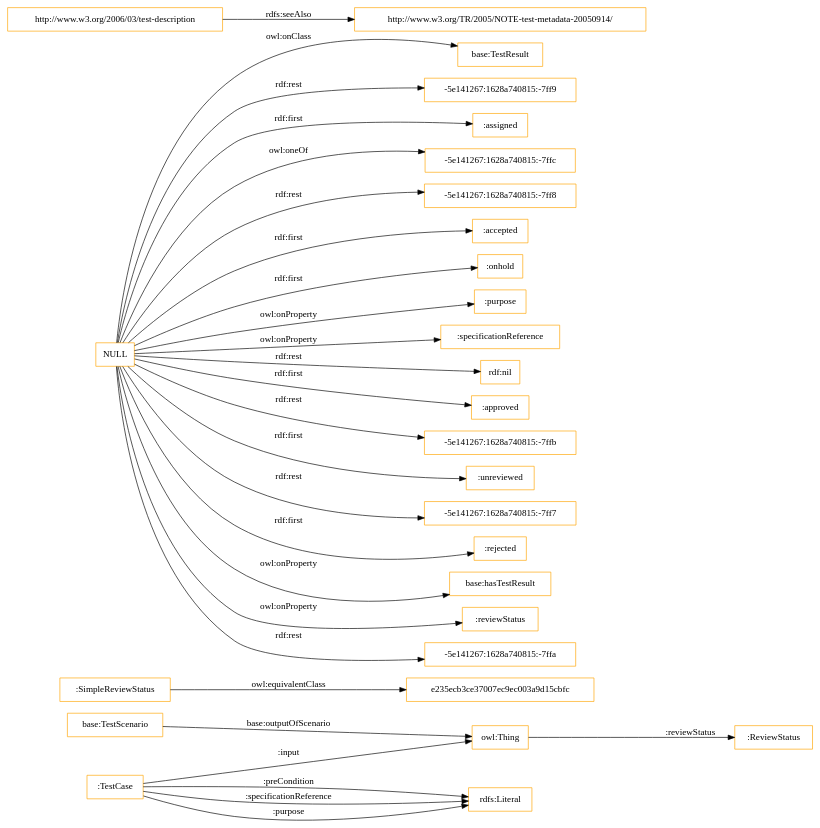
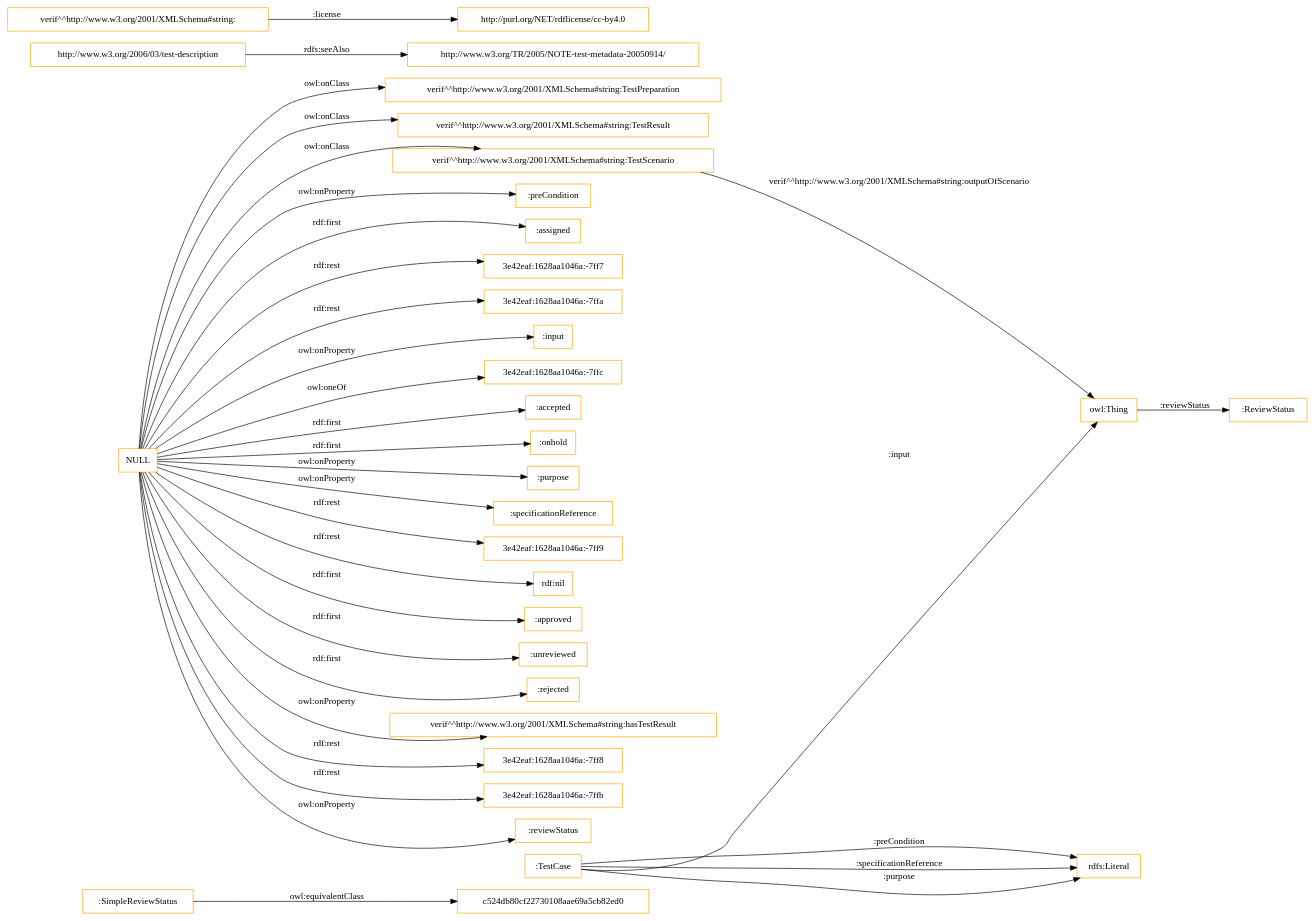
One commit to albaizq/test-verification-ontology changed the diagram in OnToology/ontology/verification-test-description.ttl/diagrams/ar2dtool-class/verification-test-description.ttl.png.dot. Above: the diagram before and after it, drawn with Graphviz. The commit also changed 11 other files, not shown here.

```diff
--- a/OnToology/ontology/verification-test-description.ttl/diagrams/ar2dtool-class/verification-test-description.ttl.png.dot
+++ b/OnToology/ontology/verification-test-description.ttl/diagrams/ar2dtool-class/verification-test-description.ttl.png.dot
@@ -1,32 +1,37 @@
 digraph ar2dtool_diagram { 
 rankdir=LR;
 size="1501"
-node [shape = rectangle, color="orange"]; ":ReviewStatus" ":SimpleReviewStatus" "e235ecb3ce37007ec9ec003a9d15cbfc" "base:TestResult" "base:TestScenario" ":TestCase" ; /*classes style*/
+node [shape = rectangle, color="orange"]; "c524db80cf22730108aae69a5cb82ed0" ":ReviewStatus" ":SimpleReviewStatus" "verif^^http://www.w3.org/2001/XMLSchema#string:TestPreparation" "verif^^http://www.w3.org/2001/XMLSchema#string:TestResult" "verif^^http://www.w3.org/2001/XMLSchema#string:TestScenario" ":TestCase" ; /*classes style*/
 	"http://www.w3.org/2006/03/test-description" -> "http://www.w3.org/TR/2005/NOTE-test-metadata-20050914/" [ label = "rdfs:seeAlso" ];
-	":SimpleReviewStatus" -> "e235ecb3ce37007ec9ec003a9d15cbfc" [ label = "owl:equivalentClass" ];
-	"NULL" -> "base:TestResult" [ label = "owl:onClass" ];
-	"NULL" -> "-5e141267:1628a740815:-7ff9" [ label = "rdf:rest" ];
+	":SimpleReviewStatus" -> "c524db80cf22730108aae69a5cb82ed0" [ label = "owl:equivalentClass" ];
+	"NULL" -> "verif^^http://www.w3.org/2001/XMLSchema#string:TestResult" [ label = "owl:onClass" ];
+	"NULL" -> ":preCondition" [ label = "owl:onProperty" ];
 	"NULL" -> ":assigned" [ label = "rdf:first" ];
-	"NULL" -> "-5e141267:1628a740815:-7ffc" [ label = "owl:oneOf" ];
-	"NULL" -> "-5e141267:1628a740815:-7ff8" [ label = "rdf:rest" ];
+	"NULL" -> "3e42eaf:1628aa1046a:-7ff7" [ label = "rdf:rest" ];
+	"NULL" -> "3e42eaf:1628aa1046a:-7ffa" [ label = "rdf:rest" ];
+	"NULL" -> ":input" [ label = "owl:onProperty" ];
+	"NULL" -> "verif^^http://www.w3.org/2001/XMLSchema#string:TestPreparation" [ label = "owl:onClass" ];
+	"NULL" -> "3e42eaf:1628aa1046a:-7ffc" [ label = "owl:oneOf" ];
+	"NULL" -> "verif^^http://www.w3.org/2001/XMLSchema#string:TestScenario" [ label = "owl:onClass" ];
 	"NULL" -> ":accepted" [ label = "rdf:first" ];
 	"NULL" -> ":onhold" [ label = "rdf:first" ];
 	"NULL" -> ":purpose" [ label = "owl:onProperty" ];
 	"NULL" -> ":specificationReference" [ label = "owl:onProperty" ];
+	"NULL" -> "3e42eaf:1628aa1046a:-7ff9" [ label = "rdf:rest" ];
 	"NULL" -> "rdf:nil" [ label = "rdf:rest" ];
 	"NULL" -> ":approved" [ label = "rdf:first" ];
-	"NULL" -> "-5e141267:1628a740815:-7ffb" [ label = "rdf:rest" ];
 	"NULL" -> ":unreviewed" [ label = "rdf:first" ];
-	"NULL" -> "-5e141267:1628a740815:-7ff7" [ label = "rdf:rest" ];
 	"NULL" -> ":rejected" [ label = "rdf:first" ];
-	"NULL" -> "base:hasTestResult" [ label = "owl:onProperty" ];
+	"NULL" -> "verif^^http://www.w3.org/2001/XMLSchema#string:hasTestResult" [ label = "owl:onProperty" ];
+	"NULL" -> "3e42eaf:1628aa1046a:-7ff8" [ label = "rdf:rest" ];
+	"NULL" -> "3e42eaf:1628aa1046a:-7ffb" [ label = "rdf:rest" ];
 	"NULL" -> ":reviewStatus" [ label = "owl:onProperty" ];
-	"NULL" -> "-5e141267:1628a740815:-7ffa" [ label = "rdf:rest" ];
-	"base:TestScenario" -> "owl:Thing" [ label = "base:outputOfScenario" ];
+	"verif^^http://www.w3.org/2001/XMLSchema#string:" -> "http://purl.org/NET/rdflicense/cc-by4.0" [ label = ":license" ];
+	"verif^^http://www.w3.org/2001/XMLSchema#string:TestScenario" -> "owl:Thing" [ label = "verif^^http://www.w3.org/2001/XMLSchema#string:outputOfScenario" ];
 	":TestCase" -> "owl:Thing" [ label = ":input" ];
 	":TestCase" -> "rdfs:Literal" [ label = ":preCondition" ];
 	":TestCase" -> "rdfs:Literal" [ label = ":specificationReference" ];
 	":TestCase" -> "rdfs:Literal" [ label = ":purpose" ];
 	"owl:Thing" -> ":ReviewStatus" [ label = ":reviewStatus" ];
 
 }
```
